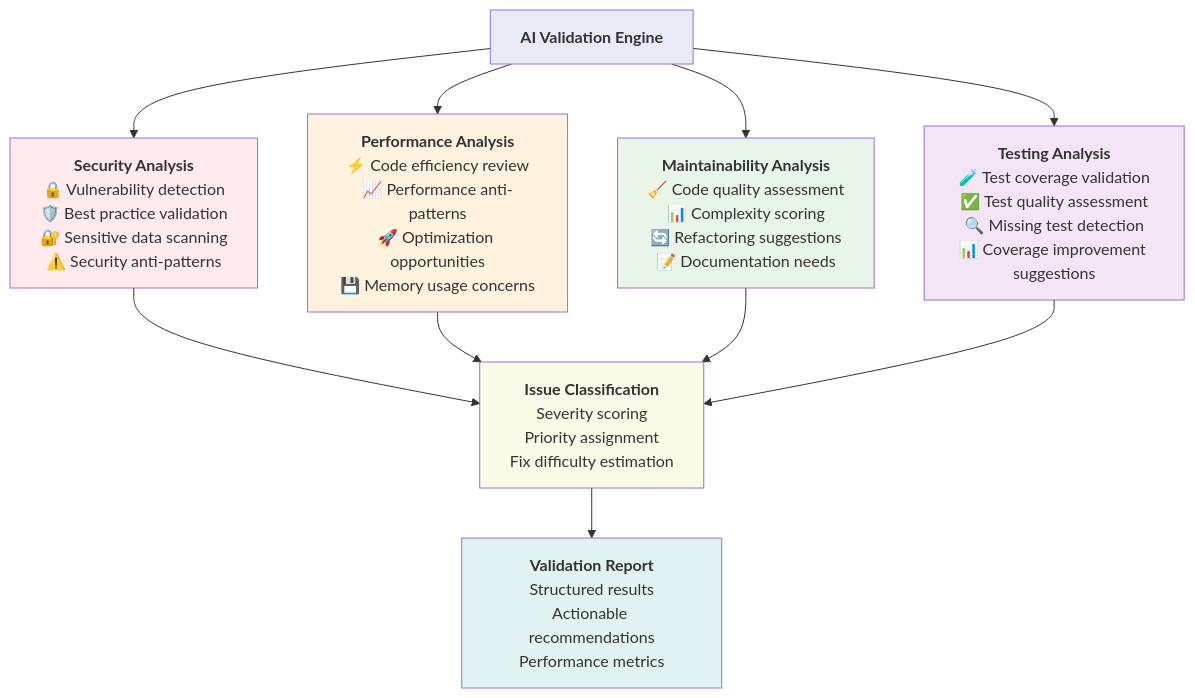
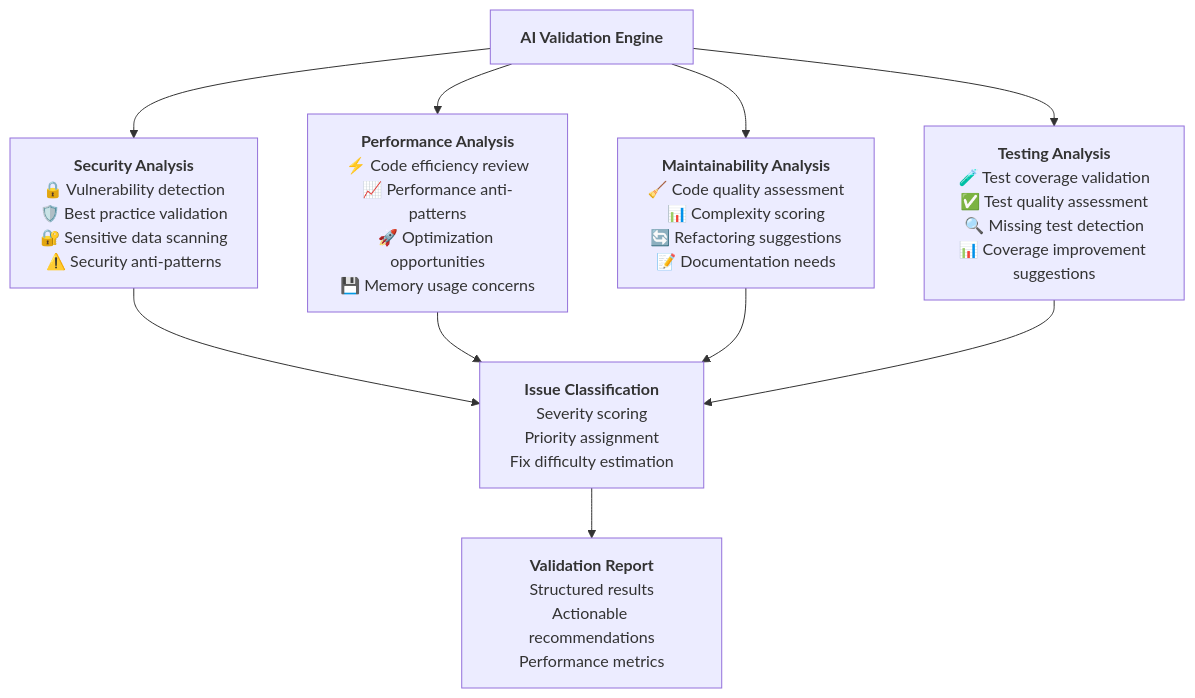
One commit to geogoesbeepboop/mastro changed the third of 10 diagrams in docs/diagrams/mastro-hooks-flow.md. Above: the diagram before and after it, drawn with Mermaid. The commit also changed other lines of this file and 5 other files, not shown here.

First line of the commit message:
docs: update analytics and flow diagrams for clarity

````diff
--- a/docs/diagrams/mastro-hooks-flow.md
+++ b/docs/diagrams/mastro-hooks-flow.md
@@ -143,48 +147,50 @@
 ```mermaid
+
 flowchart TD
     AVE["`**AI Validation Engine**`"] --> SA["`**Security Analysis**
     🔒 Vulnerability detection
     🛡️ Best practice validation
     🔐 Sensitive data scanning
     ⚠️ Security anti-patterns`"]
     
     AVE --> PA["`**Performance Analysis**
     ⚡ Code efficiency review
     📈 Performance anti-patterns
     🚀 Optimization opportunities
     💾 Memory usage concerns`"]
     
     AVE --> MA["`**Maintainability Analysis**
     🧹 Code quality assessment
     📊 Complexity scoring
     🔄 Refactoring suggestions
     📝 Documentation needs`"]
     
     AVE --> TA["`**Testing Analysis**
     🧪 Test coverage validation
     ✅ Test quality assessment
     🔍 Missing test detection
     📊 Coverage improvement suggestions`"]
     
     SA --> IC["`**Issue Classification**
     Severity scoring
     Priority assignment
     Fix difficulty estimation`"]
     
     PA --> IC
     MA --> IC
     TA --> IC
     
     IC --> VR["`**Validation Report**
     Structured results
     Actionable recommendations
     Performance metrics`"]
 
-    style AVE fill:#e8eaf6
-    style SA fill:#ffebee
-    style PA fill:#fff3e0
-    style MA fill:#e8f5e8
-    style TA fill:#f3e5f5
-    style IC fill:#f9fbe7
-    style VR fill:#e0f2f1
+    style AVE fill:#e8eaf6 color:#000000
+    style SA fill:#ffebee color:#000000
+    style PA fill:#fff3e0 color:#000000
+    style MA fill:#e8f5e8 color:#000000
+    style TA fill:#f3e5f5 color:#000000
+    style IC fill:#f9fbe7 color:#000000
+    style VR fill:#e0f2f1 color:#000000
+
 ```
````
